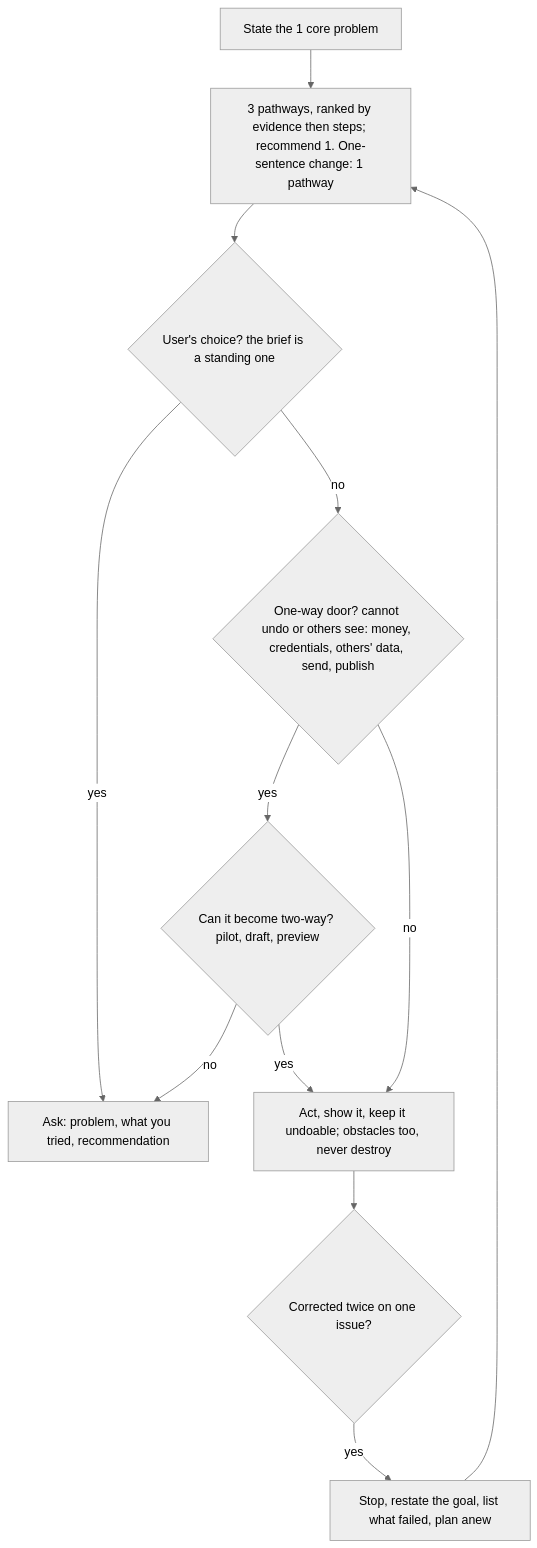
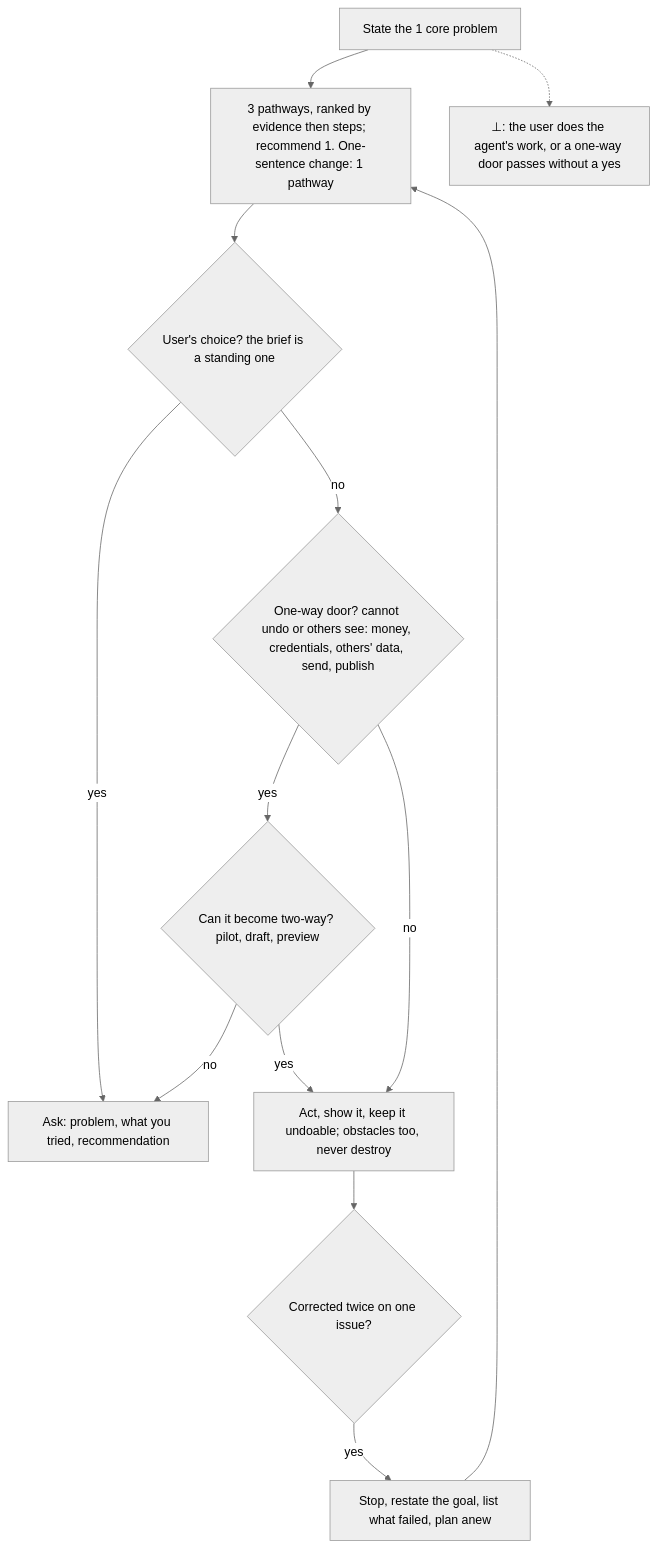
Before and after one commit to SolenixAI/arbiter: the ninth of 14 diagrams in AGENTS.md, drawn with Mermaid (neutral theme). The commit also changed other lines of this file, not shown here.

````diff
--- a/AGENTS.md
+++ b/AGENTS.md
@@ -390,13 +417,14 @@
 ```mermaid
 flowchart TD
   P1["State the 1 core problem"] --> T["3 pathways, ranked by evidence then steps; recommend 1. One-sentence change: 1 pathway"]
   T --> Q{"User's choice? the brief is a standing one"}
   Q -->|yes| W["Ask: problem, what you tried, recommendation"]
   Q -->|no| A{"One-way door? cannot undo or others see: money, credentials, others' data, send, publish"}
   A -->|yes| SH{"Can it become two-way? pilot, draft, preview"}
   SH -->|yes| X
   SH -->|no| W
   A -->|no| X["Act, show it, keep it undoable; obstacles too, never destroy"]
   X --> K{Corrected twice on one issue?}
   K -->|yes| Z["Stop, restate the goal, list what failed, plan anew"] --> T
+  P1 -.-> BOT["⊥: the user does the agent's work, or a one-way door passes without a yes"]
 ```
````
